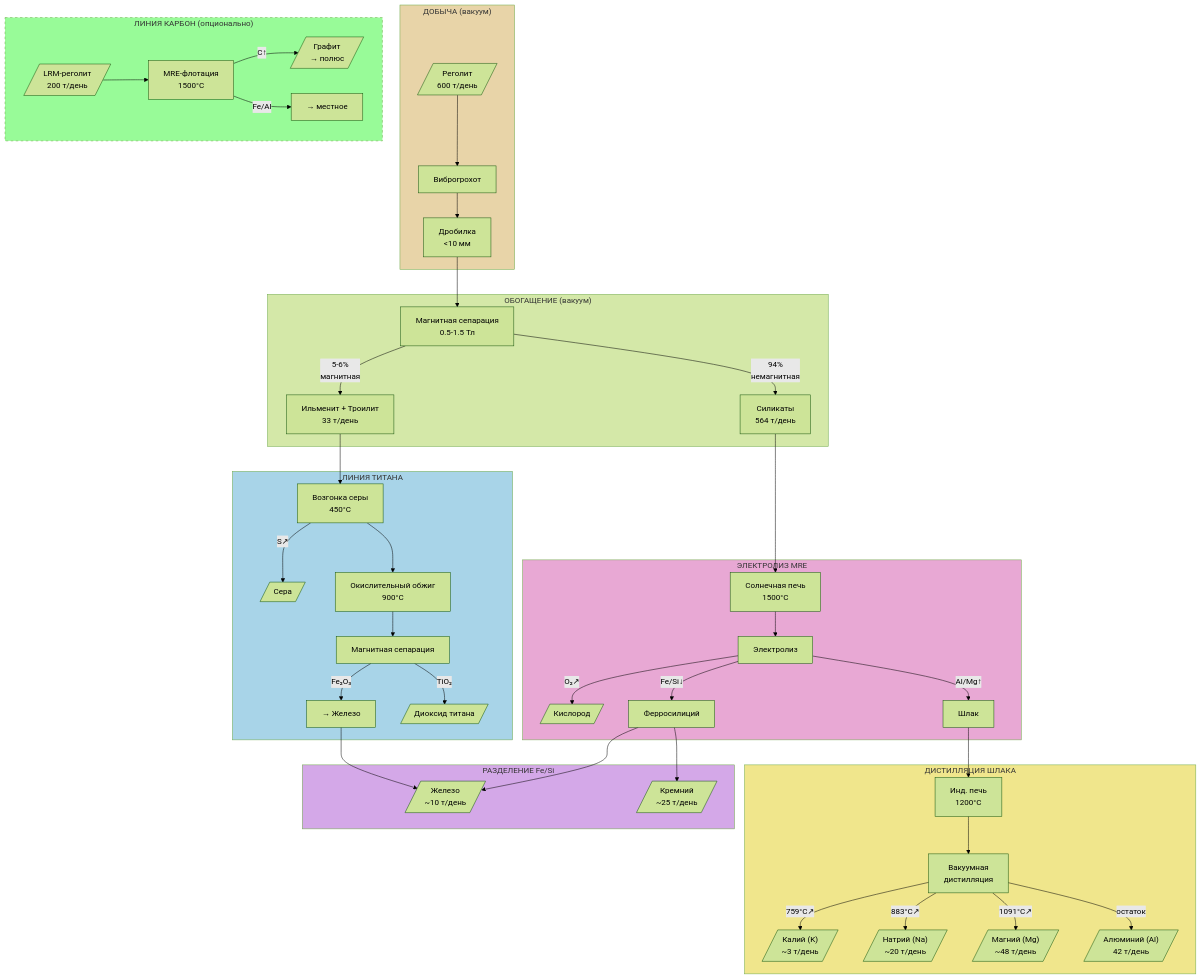
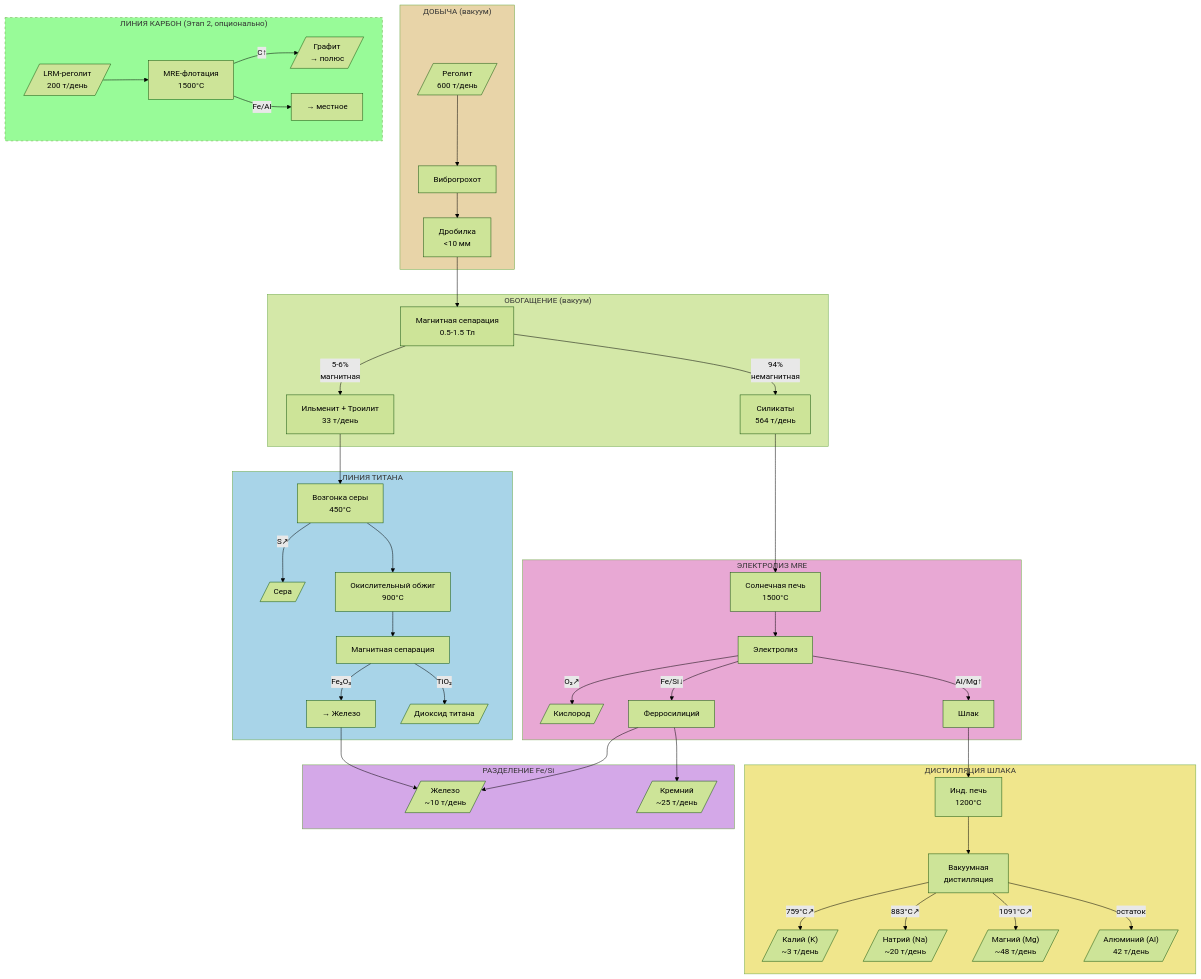
The diagram in ru/science/calculations/regolith-processing.qmd (DmitryNasikanov/infinite-energy), drawn with Mermaid (forest theme) before and after one commit. The commit also changed other lines of this file and 1 other file, not shown here.

Commit message:
Science: уточнено, что переработка углерода — Этап 2
- Схема: "ЛИНИЯ КАРБОН (Этап 2, опционально)"
- Таблица: примечание о том, что не планируется на начальном этапе

🤖 Generated with [Claude Code](https://claude.com/claude-code)

````diff
--- a/ru/science/calculations/regolith-processing.qmd
+++ b/ru/science/calculations/regolith-processing.qmd
@@ -16,58 +16,58 @@
 ```{mermaid}
 flowchart TD
     subgraph ДОБЫЧА["ДОБЫЧА (вакуум)"]
         R[/"Реголит<br/>600 т/день"/] --> VG["Виброгрохот"] --> JC["Дробилка<br/><10 мм"]
     end
 
     subgraph ОБОГАЩЕНИЕ["ОБОГАЩЕНИЕ (вакуум)"]
         JC --> MS["Магнитная сепарация<br/>0.5-1.5 Тл"]
         MS -->|"5-6%<br/>магнитная"| MF["Ильменит + Троилит<br/>33 т/день"]
         MS -->|"94%<br/>немагнитная"| NMF["Силикаты<br/>564 т/день"]
     end
 
     subgraph Ti_LINE["ЛИНИЯ ТИТАНА"]
         MF --> TS["Возгонка серы<br/>450°C"]
         TS -->|"S↗"| S_out[/"Сера"/]
         TS --> OX["Окислительный обжиг<br/>900°C"]
         OX --> SEP2["Магнитная сепарация"]
         SEP2 -->|"Fe₂O₃"| Fe_back["→ Железо"]
         SEP2 -->|"TiO₂"| TiO2[/"Диоксид титана"/]
     end
 
     subgraph MRE_CELL["ЭЛЕКТРОЛИЗ MRE"]
         NMF --> SF["Солнечная печь<br/>1500°C"]
         SF --> EL["Электролиз"]
         EL -->|"O₂↗"| O2[/"Кислород"/]
         EL -->|"Fe/Si↓"| FeSi["Ферросилиций"]
         EL -->|"Al/Mg↑"| AlMg["Шлак"]
     end
 
     subgraph ТЯЖЁЛЫЕ["РАЗДЕЛЕНИЕ Fe/Si"]
         FeSi --> Fe[/"Железо<br/>~10 т/день"/]
         FeSi --> Si[/"Кремний<br/>~25 т/день"/]
         Fe_back --> Fe
     end
 
     subgraph ДИСТИЛЛЯЦИЯ["ДИСТИЛЛЯЦИЯ ШЛАКА"]
         AlMg --> IND["Инд. печь<br/>1200°C"]
         IND --> VAC["Вакуумная<br/>дистилляция"]
         VAC -->|"759°C↗"| K_out[/"Калий (K)<br/>~3 т/день"/]
         VAC -->|"883°C↗"| Na_out[/"Натрий (Na)<br/>~20 т/день"/]
         VAC -->|"1091°C↗"| Mg_out[/"Магний (Mg)<br/>~48 т/день"/]
         VAC -->|"остаток"| Al_out[/"Алюминий (Al)<br/>42 т/день"/]
     end
 
-    subgraph КАРБОН["ЛИНИЯ КАРБОН (опционально)"]
+    subgraph КАРБОН["ЛИНИЯ КАРБОН (Этап 2, опционально)"]
         LRM[/"LRM-реголит<br/>200 т/день"/] --> LRM_SF["MRE-флотация<br/>1500°C"]
         LRM_SF -->|"C↑"| GRAPHITE[/"Графит<br/>→ полюс"/]
         LRM_SF -->|"Fe/Al"| LRM_local["→ местное"]
     end
 
     style ДОБЫЧА fill:#e8d4a8
     style ОБОГАЩЕНИЕ fill:#d4e8a8
     style Ti_LINE fill:#a8d4e8
     style MRE_CELL fill:#e8a8d4
     style ТЯЖЁЛЫЕ fill:#d4a8e8
     style ДИСТИЛЛЯЦИЯ fill:#f0e68c
     style КАРБОН fill:#98fb98,stroke-dasharray: 5 5
 ```
````
